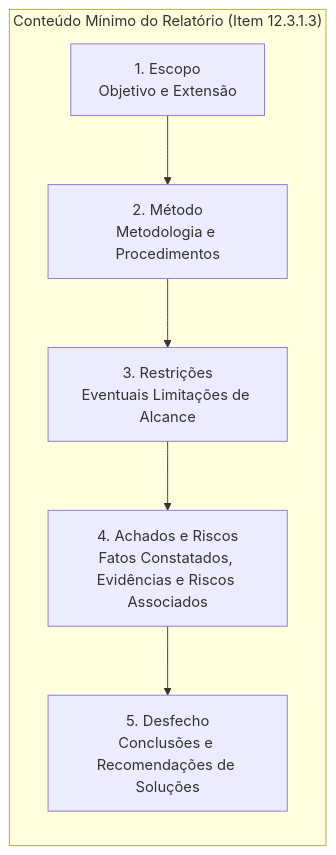
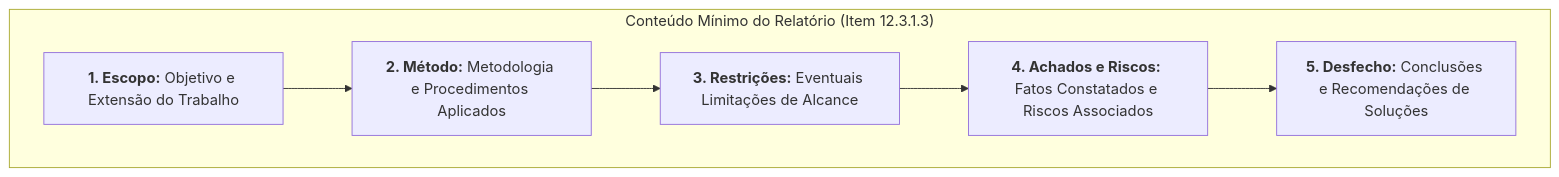
One commit to gilsonnogueira/OpenConcursos changed the sixth of 7 diagrams in docs/19-auditoria/02-auditoria-interna-e-governanca/01-auditoria-interna-nbc-ti-01.md. Above: the diagram before and after it, drawn with Mermaid. The commit also changed other lines of this file and 17 other files, not shown here.

Commit message:
style(diagrams): verticaliza todos os diagramas Mermaid para legibilidade em painel vertical

````diff
--- a/docs/19-auditoria/02-auditoria-interna-e-governanca/01-auditoria-interna-nbc-ti-01.md
+++ b/docs/19-auditoria/02-auditoria-interna-e-governanca/01-auditoria-interna-nbc-ti-01.md
@@ -376,11 +370,14 @@
 ```mermaid
-flowchart LR
+flowchart TD
     subgraph ESTRUTURA["Conteúdo Mínimo do Relatório (Item 12.3.1.3)"]
-        E1["1. Escopo<br/>Objetivo e Extensão"]
-        E2["2. Método<br/>Metodologia e Procedimentos"]
-        E3["3. Restrições<br/>Eventuais Limitações de Alcance"]
-        E4["4. Achados e Riscos<br/>Fatos Constatados, Evidências e Riscos Associados"]
-        E5["5. Desfecho<br/>Conclusões e Recomendações de Soluções"]
-        E1 --> E2 --> E3 --> E4 --> E5
+        E1["<b>1. Escopo:</b> Objetivo e Extensão do Trabalho"]
+        E2["<b>2. Método:</b> Metodologia e Procedimentos Aplicados"]
+        E3["<b>3. Restrições:</b> Eventuais Limitações de Alcance"]
+        E4["<b>4. Achados e Riscos:</b> Fatos Constatados e Riscos Associados"]
+        E5["<b>5. Desfecho:</b> Conclusões e Recomendações de Soluções"]
+        E1 --> E2
+        E2 --> E3
+        E3 --> E4
+        E4 --> E5
     end
 ```
````
